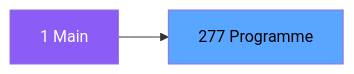
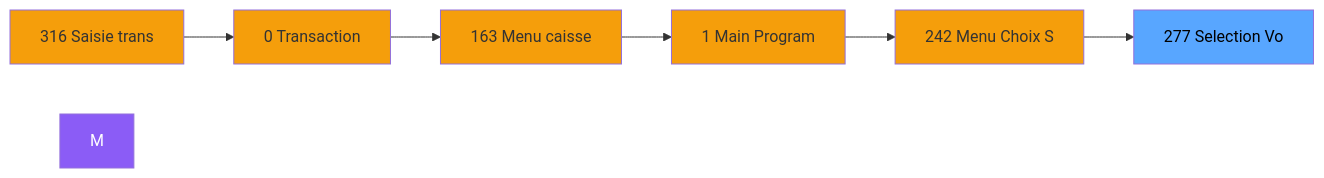
The second of 3 diagrams in .openspec/specs/ADH-IDE-277.md (thonyAGP/magic-migration), drawn with Mermaid before and after one commit. The commit also changed other lines of this file and 323 other files, not shown here.

````diff
--- a/.openspec/specs/ADH-IDE-277.md
+++ b/.openspec/specs/ADH-IDE-277.md
@@ -98,8 +124,21 @@
 ```mermaid
 graph LR
-    M[1 Main]
-    T[277 Programme]
-    M --> T
+    N316[316 Saisie trans]
+    N0[0 Transaction ]
+    N163[163 Menu caisse ]
+    N1[1 Main Program]
+    N242[242 Menu Choix S]
+    T[277 Selection Vo]
+    N316 --> N0
+    N0 --> N163
+    N163 --> N1
+    N1 --> N242
+    N242 --> T
     style M fill:#8b5cf6,color:#fff
+    style N316 fill:#f59e0b
+    style N0 fill:#f59e0b
+    style N163 fill:#f59e0b
+    style N1 fill:#f59e0b
+    style N242 fill:#f59e0b
     style T fill:#58a6ff,color:#000
 ```
````
